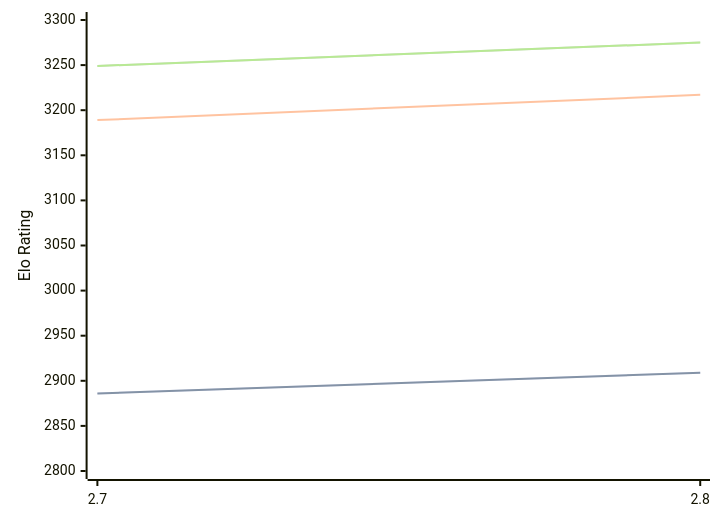
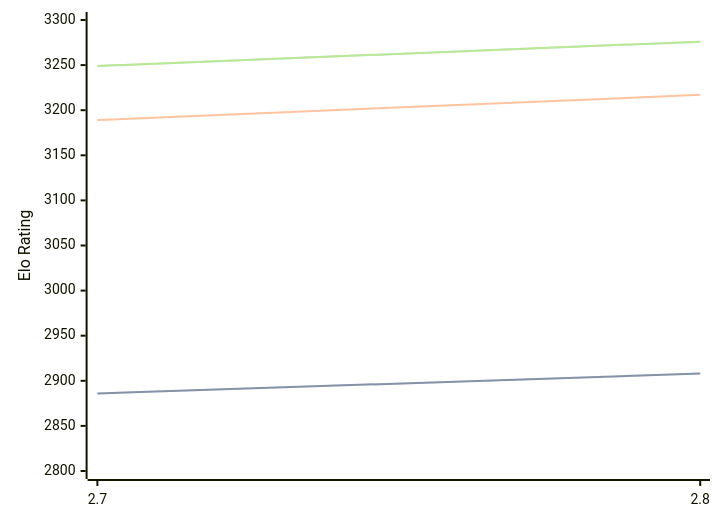
The third of 3 diagrams in engines/Arcanum.md (computer-chess-index/cci), drawn with Mermaid before and after one commit. The commit also changed other lines of this file, not shown here.

Commit message:
Update CCI Ratings (ELO VLTC) - 2026-06-26

````diff
--- a/engines/Arcanum.md
+++ b/engines/Arcanum.md
@@ -77,11 +77,11 @@
 ```mermaid
 %%{init: {"theme":"base","themeVariables":{"seriesColors:['#a3a3a3','#222221','#faa371']}}}%%
 xychart-beta
   x-axis ["2.7", "2.8"]
   y-axis "Elo Rating" 2800 --> 3300
-  line "STC (8.0+0.08s)" [2886, 2909]
-  line "STC (8.0+0.08s)" [2886, 2909]
+  line "STC (8.0+0.08s)" [2886, 2908]
+  line "STC (8.0+0.08s)" [2886, 2908]
   line "LTC (60.0+0.60s)" [3189, 3217]
-  line "VLTC (2m24s+1.12s)" [3249, 3275]
-  line "VLTC (2m24s+1.12s)" [3249, 3275]
+  line "VLTC (2m24s+1.12s)" [3249, 3276]
+  line "VLTC (2m24s+1.12s)" [3249, 3276]
 ```
````
